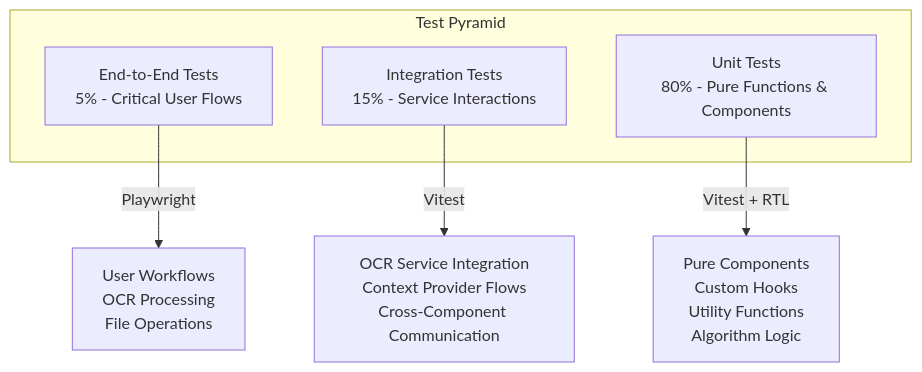
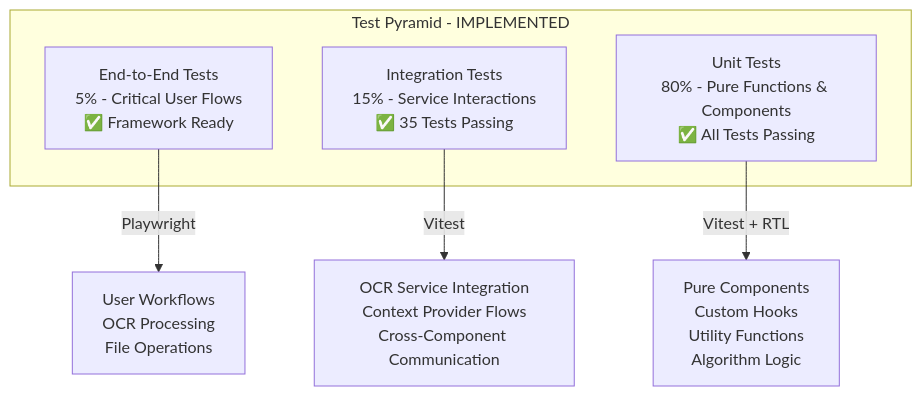
Before and after one commit to CapyDojo/RdLn_Main: the second of 3 diagrams in .qoder/quests/test-suite-overhaul.md, drawn with Mermaid. The commit also changed other lines of this file and 5 other files, not shown here.

````diff
--- a/.qoder/quests/test-suite-overhaul.md
+++ b/.qoder/quests/test-suite-overhaul.md
@@ -51,12 +56,12 @@
 ```mermaid
 graph TB
-    subgraph "Test Pyramid"
-        E2E[End-to-End Tests<br/>5% - Critical User Flows]
-        INT[Integration Tests<br/>15% - Service Interactions]
-        UNIT[Unit Tests<br/>80% - Pure Functions & Components]
+    subgraph "Test Pyramid - IMPLEMENTED"
+        E2E[End-to-End Tests<br/>5% - Critical User Flows<br/>✅ Framework Ready]
+        INT[Integration Tests<br/>15% - Service Interactions<br/>✅ 35 Tests Passing]
+        UNIT[Unit Tests<br/>80% - Pure Functions & Components<br/>✅ All Tests Passing]
     end
     
     E2E --> |Playwright| E2E_IMPL[User Workflows<br/>OCR Processing<br/>File Operations]
     INT --> |Vitest| INT_IMPL[OCR Service Integration<br/>Context Provider Flows<br/>Cross-Component Communication]
     UNIT --> |Vitest + RTL| UNIT_IMPL[Pure Components<br/>Custom Hooks<br/>Utility Functions<br/>Algorithm Logic]
 ```
````
